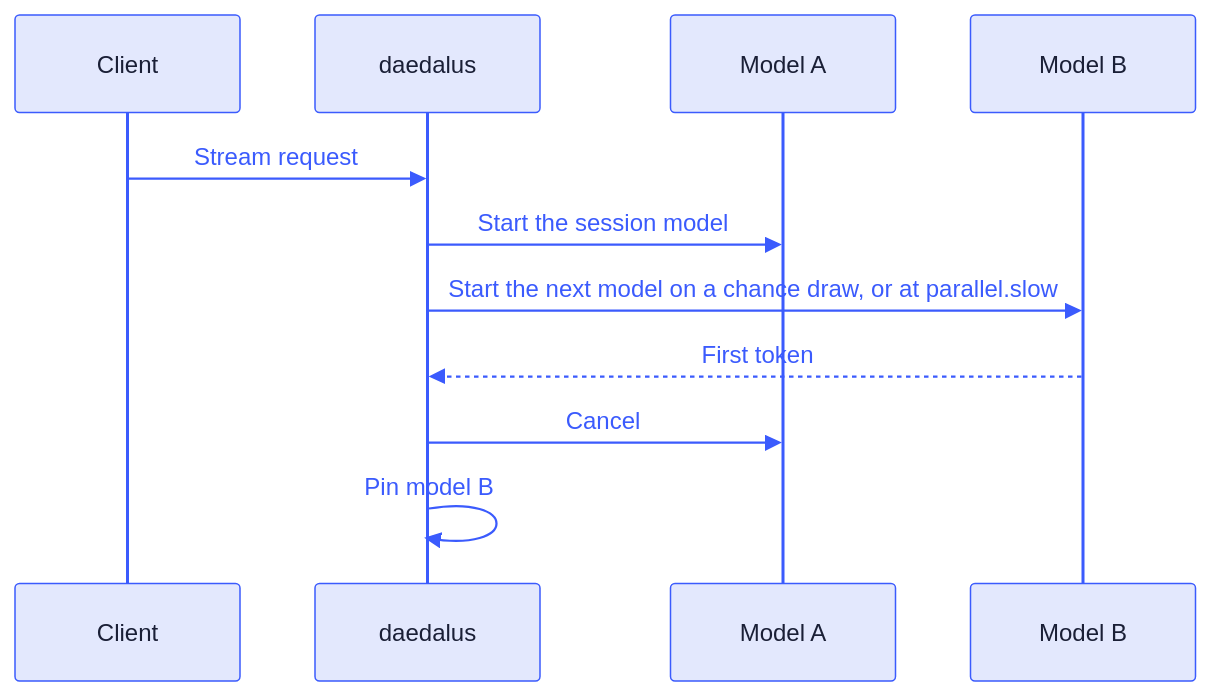
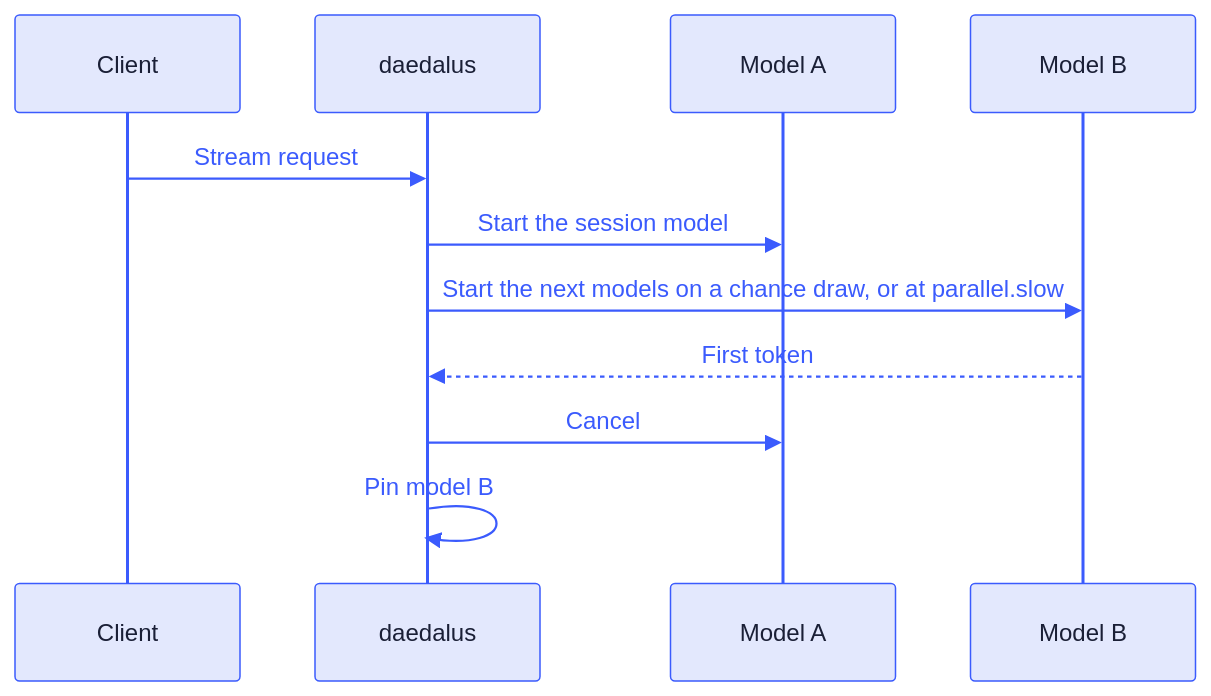
Before and after one commit to nemoe7/daedalus: the seventh of 7 diagrams in docs/architecture.md, drawn with Mermaid. The commit also changed other lines of this file and 9 other files, not shown here.

Commit message:
feat(routing): add parallel.count for the racing models

````diff
--- a/docs/architecture.md
+++ b/docs/architecture.md
@@ -253,14 +253,14 @@
 ```mermaid
 %%{init: {"theme": "base", "themeVariables": {"primaryColor": "#e3e8fd", "primaryBorderColor": "#3b5bfd", "primaryTextColor": "#1a1f36", "lineColor": "#3b5bfd", "textColor": "#3b5bfd", "secondaryColor": "#ede9fe", "tertiaryColor": "#f5f3ff", "clusterBkg": "#f5f3ff", "clusterBorder": "#8b5cf6", "titleColor": "#5c388c", "edgeLabelBackground": "#ffffff", "noteBkgColor": "#ede9fe", "noteBorderColor": "#8b5cf6"}}}%%
 sequenceDiagram
   participant C as Client
   participant D as daedalus
   participant A as Model A
   participant B as Model B
   C->>D: Stream request
   D->>A: Start the session model
-  D->>B: Start the next model on a chance draw, or at parallel.slow
+  D->>B: Start the next models on a chance draw, or at parallel.slow
   B-->>D: First token
   D->>A: Cancel
   D->>D: Pin model B
 ```
````
